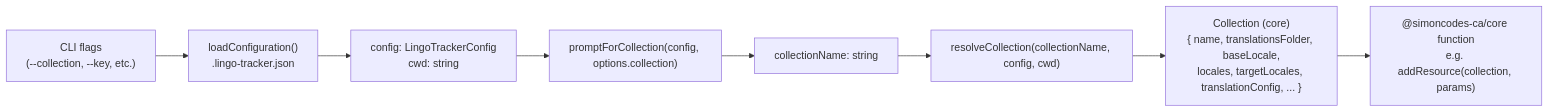
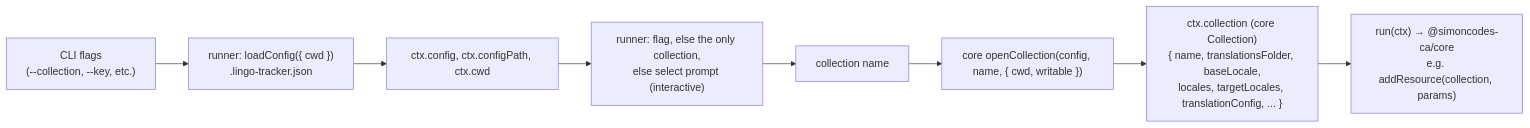
Before and after one commit to SimonNodel-AI/lingo-tracker: the second of 2 diagrams in architecture-docs/cli.md, drawn with Mermaid. The commit also changed other lines of this file and 63 other files, not shown here.

````diff
--- a/architecture-docs/cli.md
+++ b/architecture-docs/cli.md
@@ -231,10 +329,10 @@
 ```mermaid
 flowchart LR
-    FLAGS["CLI flags\n(--collection, --key, etc.)"] --> LOAD["loadConfiguration()\n.lingo-tracker.json"]
-    LOAD --> GETCONFIG["config: LingoTrackerConfig\ncwd: string"]
-    GETCONFIG --> PROMPT["promptForCollection(config, options.collection)"]
-    PROMPT --> NAME["collectionName: string"]
-    NAME --> RESOLVE["resolveCollection(collectionName, config, cwd)"]
-    RESOLVE --> RESOLVED["Collection (core)\n{ name, translationsFolder, baseLocale,\nlocales, targetLocales, translationConfig, ... }"]
-    RESOLVED --> CORE["@simoncodes-ca/core function\ne.g. addResource(collection, params)"]
+    FLAGS["CLI flags\n(--collection, --key, etc.)"] --> LOAD["runner: loadConfig({ cwd })\n.lingo-tracker.json"]
+    LOAD --> GETCONFIG["ctx.config, ctx.configPath, ctx.cwd"]
+    GETCONFIG --> SELECT["runner: flag, else the only collection,\nelse select prompt (interactive)"]
+    SELECT --> NAME["collection name"]
+    NAME --> OPEN["core openCollection(config, name, { cwd, writable })"]
+    OPEN --> RESOLVED["ctx.collection (core Collection)\n{ name, translationsFolder, baseLocale,\nlocales, targetLocales, translationConfig, ... }"]
+    RESOLVED --> CORE["run(ctx) → @simoncodes-ca/core\ne.g. addResource(collection, params)"]
 ```
````
